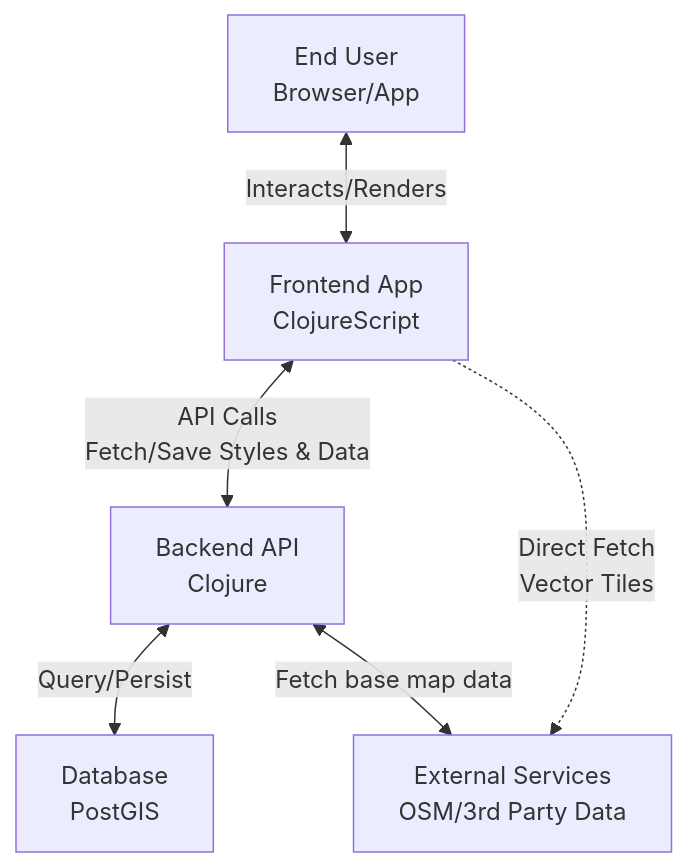
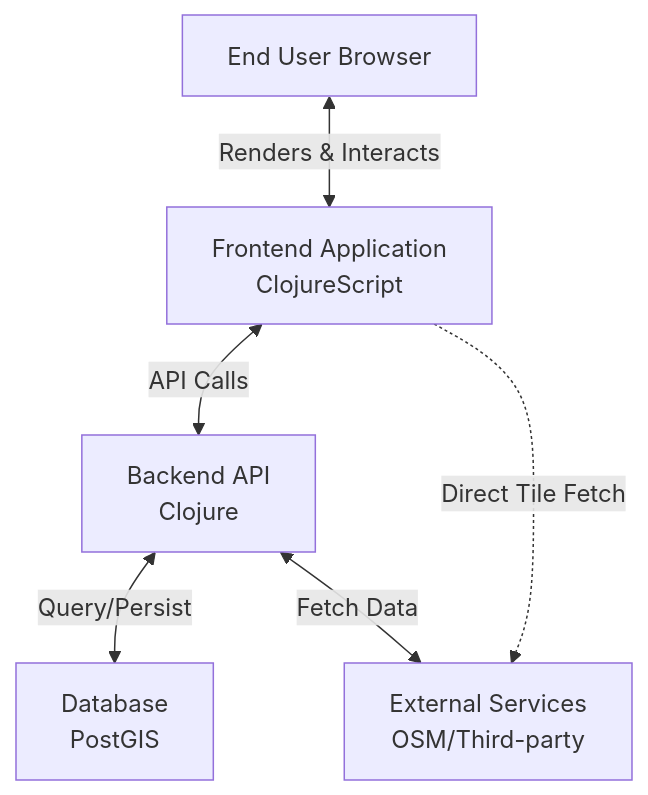
The first of 2 diagrams in README.md (OverbearingPearl/pearl-map), drawn with Mermaid before and after one commit. The commit also changed other lines of this file, not shown here.

````diff
--- a/README.md
+++ b/README.md
@@ -48,14 +49,14 @@
 ```mermaid
 flowchart TD
-    A[End User<br>Browser/App]
-    B[Frontend App<br>ClojureScript]
-    C[Backend API<br>Clojure]
-    D[Database<br>PostGIS]
-    E[External Services<br>OSM/3rd Party Data]
-
-    A <-->|Interacts/Renders| B
-    B <-->|API Calls<br>Fetch/Save Styles & Data| C
-    C <-->|Query/Persist| D
-    C <-->|Fetch base map data| E
-    B -.->|Direct Fetch<br>Vector Tiles| E
+    User[End User Browser]
+    Frontend[Frontend Application<br/>ClojureScript]
+    Backend[Backend API<br/>Clojure]
+    Database[Database<br/>PostGIS]
+    Services[External Services<br/>OSM/Third-party]
+    
+    User <-->|Renders & Interacts| Frontend
+    Frontend <-->|API Calls| Backend
+    Backend <-->|Query/Persist| Database
+    Backend <-->|Fetch Data| Services
+    Frontend -.->|Direct Tile Fetch| Services
 ```
````
